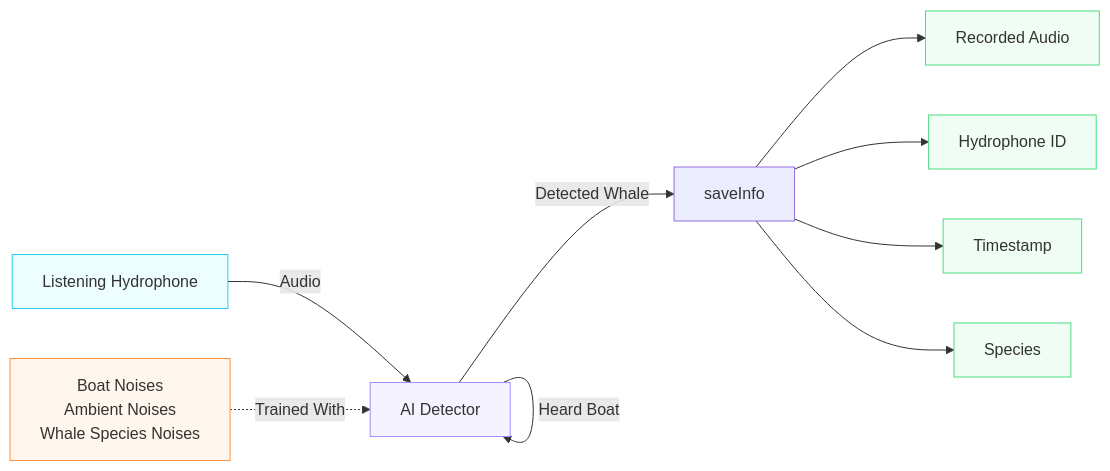
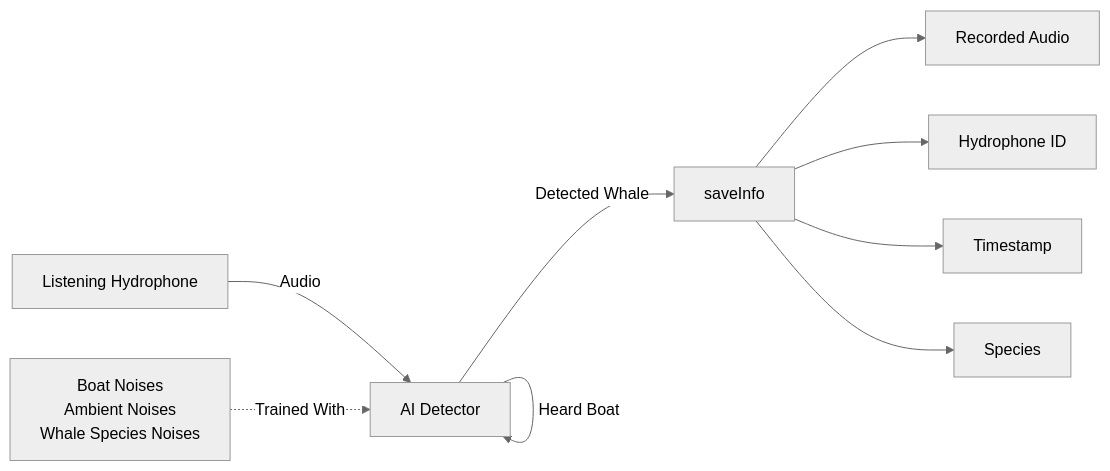
Before and after one commit to M-Kwatcher/CPSC490-G05-Fighting-Mongooses: the second of 2 diagrams in docs/design/ai-detector-design.md, drawn with Mermaid.

Commit message:
Fixing the coloring for the Figure 3 graph
Fixing the coloring for the Figure 3 graph

````diff
--- a/docs/design/ai-detector-design.md
+++ b/docs/design/ai-detector-design.md
@@ -47,20 +47,20 @@
 ```mermaid
+---
+config:
+  theme: neutral
+---
 flowchart LR
     hydrophone["Listening Hydrophone"] -- Audio --> aiDetector["AI Detector"]
     boatNoises["Boat Noises<br>Ambient Noises<br>Whale Species Noises"] -. Trained With .-> aiDetector
     aiDetector -- Detected Whale --> saveInfo["saveInfo"]
     saveInfo --> recordedAudio["Recorded Audio"] & hydrophoneID["Hydrophone ID"] & timestamp["Timestamp"] & species["Species"]
     aiDetector -- Heard Boat --> aiDetector
 
-     hydrophone:::hydrophone
-     aiDetector:::detector
-     boatNoises:::training
-     recordedAudio:::output
-     hydrophoneID:::output
-     timestamp:::output
-     species:::output
-    classDef hydrophone stroke:#22d3ee,fill:#ecfeff
-    classDef detector stroke:#a78bfa,fill:#f5f3ff
-    classDef output stroke:#4ade80,fill:#f0fdf4
-    classDef training stroke:#fb923c,fill:#fff7ed
+     hydrophone
+     aiDetector
+     boatNoises
+     recordedAudio
+     hydrophoneID
+     timestamp
+     species
 ```
````
